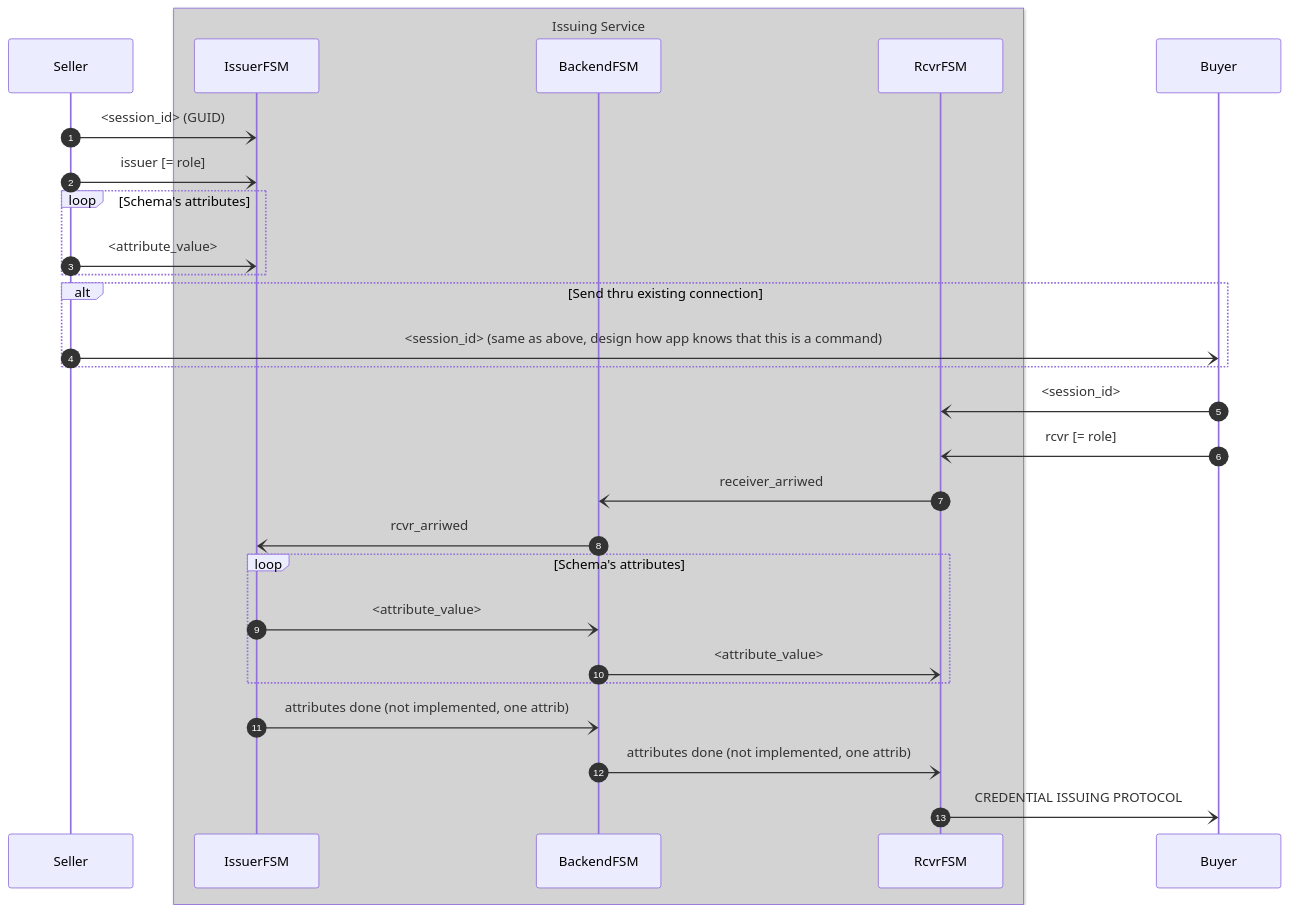
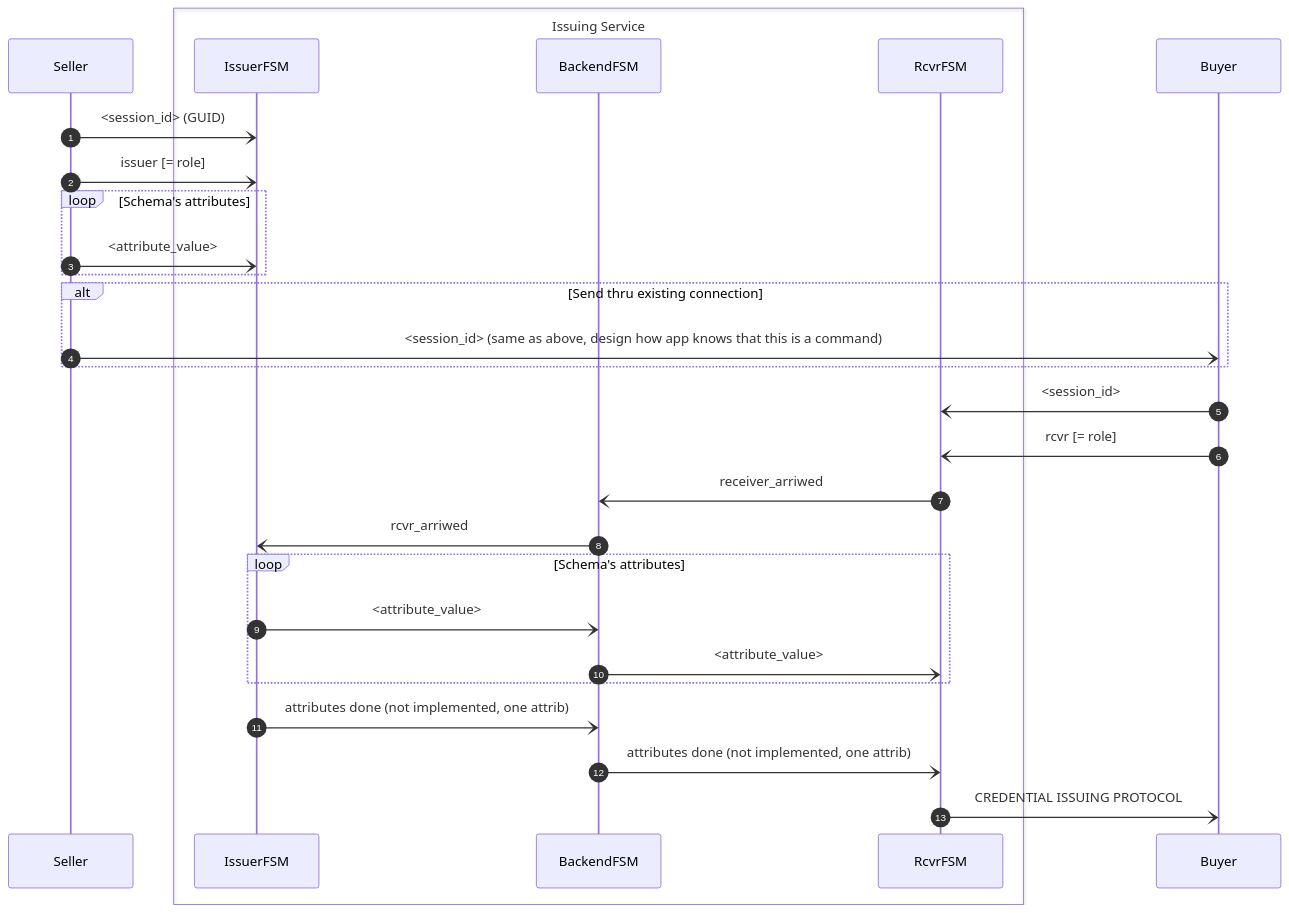
Before and after one commit to findy-network/findy-agent-cli: the diagram in scripts/fullstack/fsm/README.md, drawn with Mermaid.

Commit message:
OMG, fuck, what a deterministic renderer

````diff
--- a/scripts/fullstack/fsm/README.md
+++ b/scripts/fullstack/fsm/README.md
@@ -183,38 +183,38 @@
 ```mermaid
 sequenceDiagram
     autonumber
 
     participant Seller
 
-    box Lightgray Issuing Service
+    box Issuing Service
     participant IssuerFSM
     participant BackendFSM
     participant RcvrFSM
     end
 
     participant Buyer
 
     Seller -) IssuerFSM: <session_id> (GUID)
     Seller -) IssuerFSM: issuer [= role]
     loop Schema's attributes
     Seller -) IssuerFSM: <attribute_value>
     end
 
     alt Send thru existing connection 
     Seller -) Buyer: <session_id> (same as above, design how app knows that this is a command)
     end
 
     Buyer -) RcvrFSM: <session_id>
     Buyer -) RcvrFSM: rcvr [= role]
 
     RcvrFSM -) BackendFSM: receiver_arriwed
     BackendFSM -) IssuerFSM: rcvr_arriwed
     loop Schema's attributes
     IssuerFSM -) BackendFSM: <attribute_value>
     BackendFSM -) RcvrFSM: <attribute_value>
     end
     IssuerFSM -) BackendFSM: attributes done (not implemented, one attrib)
     BackendFSM -) RcvrFSM: attributes done (not implemented, one attrib)
 
     RcvrFSM -) Buyer: CREDENTIAL ISSUING PROTOCOL
 ```
````
